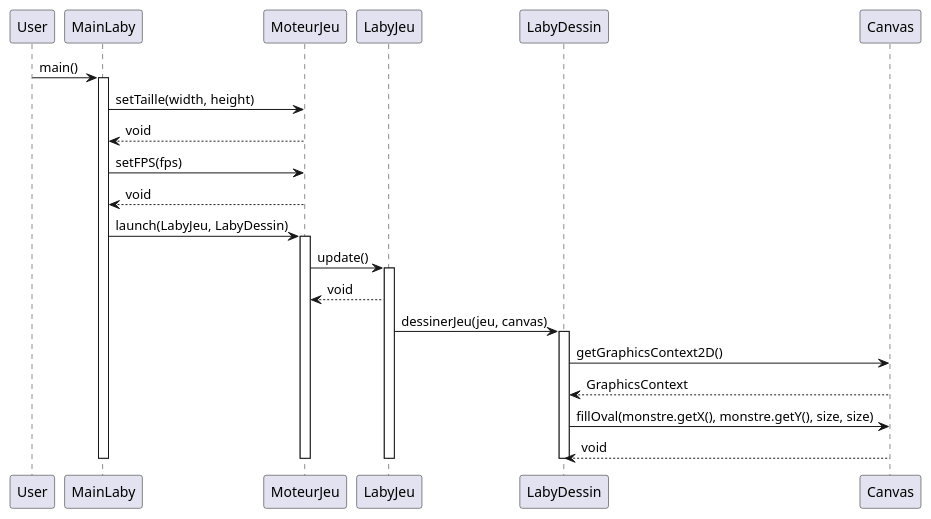
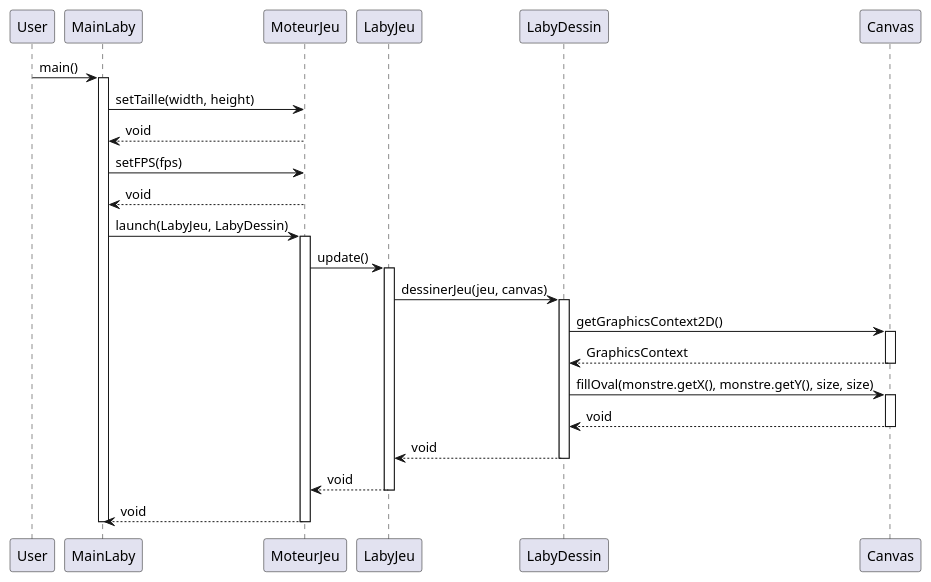
One commit to LukaSalvo/SAE2024 changed the diagram in zeldiablo/documents/version_2/diagseq_AfficheMonstre.puml. Above: the diagram before and after it, drawn with PlantUML. The commit also changed 4 other files, not shown here.

```diff
--- a/zeldiablo/documents/version_2/diagseq_AfficheMonstre.puml
+++ b/zeldiablo/documents/version_2/diagseq_AfficheMonstre.puml
@@ -1,23 +1,29 @@
 @startuml
 User -> MainLaby: main()
 activate MainLaby
 MainLaby -> MoteurJeu: setTaille(width, height)
 MoteurJeu --> MainLaby: void
 MainLaby -> MoteurJeu: setFPS(fps)
 MoteurJeu --> MainLaby: void
 MainLaby -> MoteurJeu: launch(LabyJeu, LabyDessin)
 activate MoteurJeu
     MoteurJeu -> LabyJeu: update()
 activate LabyJeu
-LabyJeu --> MoteurJeu: void
 LabyJeu -> LabyDessin: dessinerJeu(jeu, canvas)
 activate LabyDessin
 LabyDessin -> Canvas: getGraphicsContext2D()
+activate Canvas
 Canvas --> LabyDessin: GraphicsContext
+deactivate Canvas
 LabyDessin -> Canvas: fillOval(monstre.getX(), monstre.getY(), size, size)
+activate Canvas
 Canvas --> LabyDessin: void
+deactivate Canvas
+LabyDessin--> LabyJeu: void
 deactivate LabyDessin
+LabyJeu --> MoteurJeu: void
 deactivate LabyJeu
+MoteurJeu --> MainLaby : void
 deactivate MoteurJeu
 deactivate MainLaby
 @enduml
```
